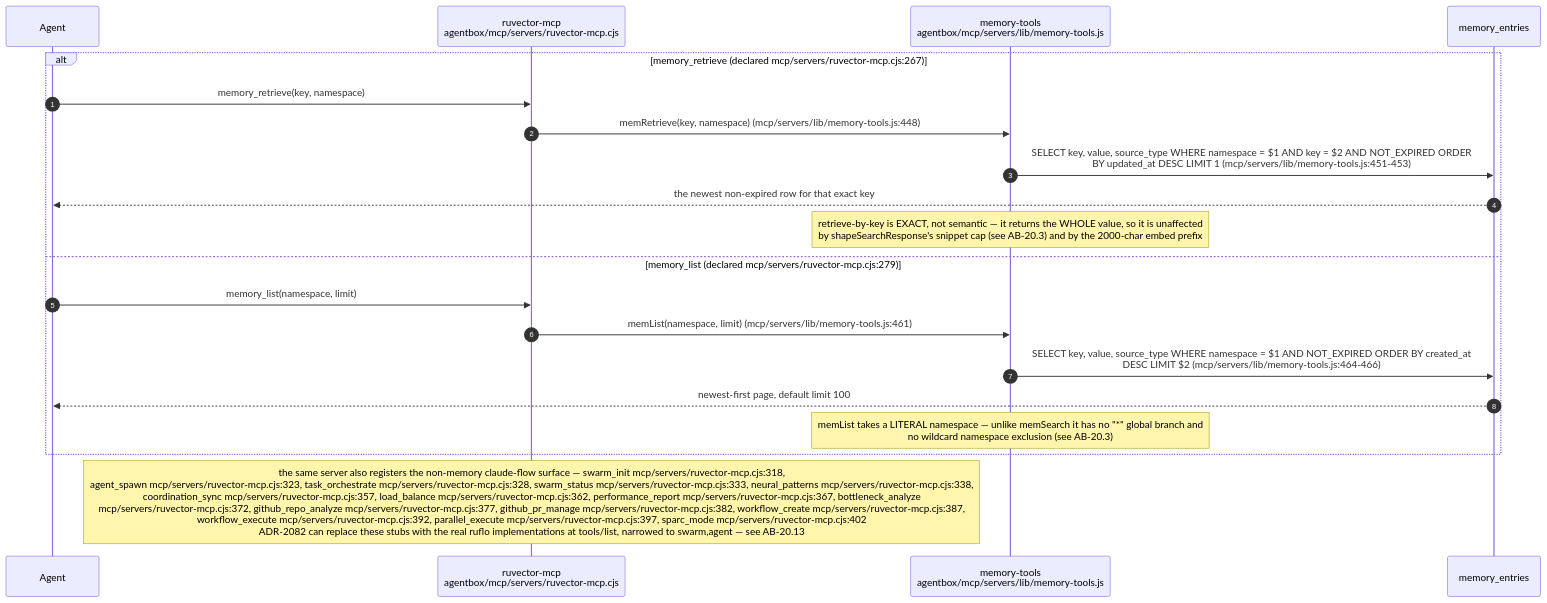
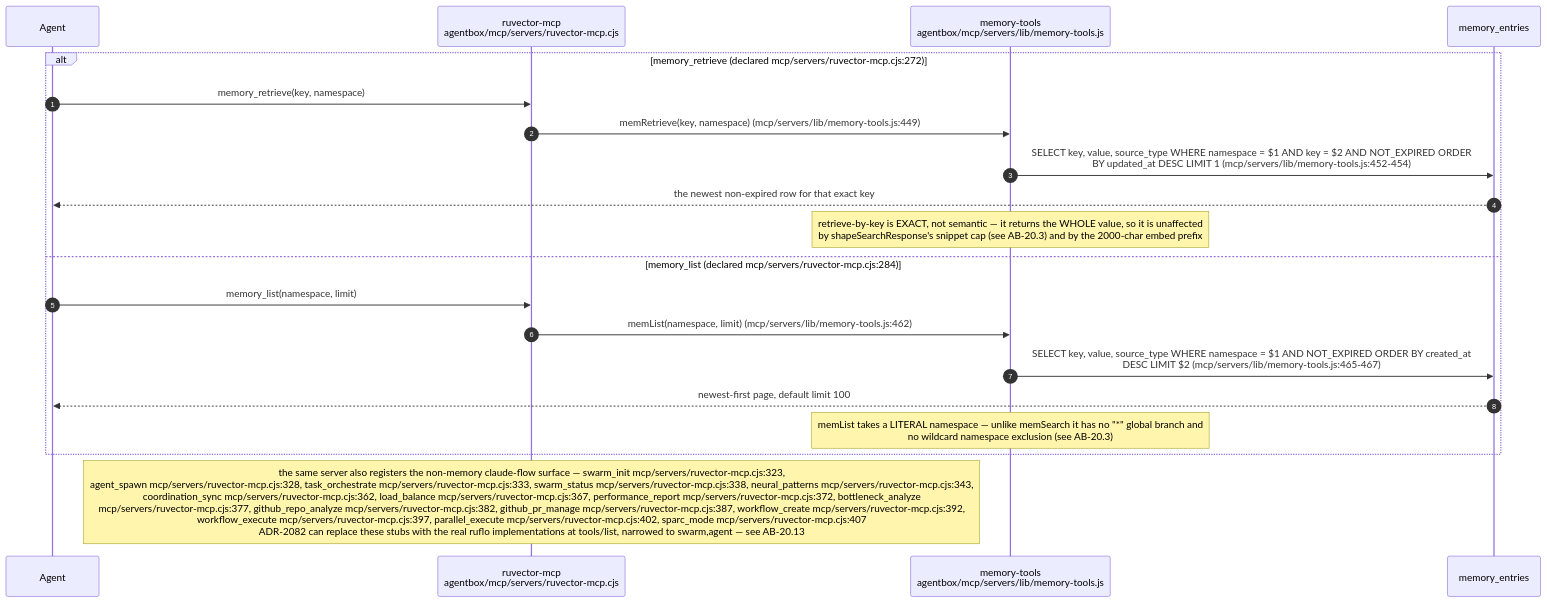
The fourth of 13 diagrams in docs/diagrams/agentbox/20-ruvector-memory-path.md (DreamLab-AI/VisionFlow), drawn with Mermaid before and after one commit. The commit also changed other lines of this file and 160 other files, not shown here.

````diff
--- a/docs/diagrams/agentbox/20-ruvector-memory-path.md
+++ b/docs/diagrams/agentbox/20-ruvector-memory-path.md
@@ -173,23 +176,23 @@
 ```mermaid
 sequenceDiagram
     autonumber
     participant AG as Agent
     participant SRV as ruvector-mcp<br/>agentbox/mcp/servers/ruvector-mcp.cjs
     participant MT as memory-tools<br/>agentbox/mcp/servers/lib/memory-tools.js
     participant PG as memory_entries
 
-    alt memory_retrieve (declared mcp/servers/ruvector-mcp.cjs:267)
+    alt memory_retrieve (declared mcp/servers/ruvector-mcp.cjs:272)
         AG->>SRV: memory_retrieve(key, namespace)
-        SRV->>MT: memRetrieve(key, namespace) (mcp/servers/lib/memory-tools.js:448)
-        MT->>PG: SELECT key, value, source_type WHERE namespace = $1 AND key = $2 AND NOT_EXPIRED ORDER<br/>BY updated_at DESC LIMIT 1 (mcp/servers/lib/memory-tools.js:451-453)
+        SRV->>MT: memRetrieve(key, namespace) (mcp/servers/lib/memory-tools.js:449)
+        MT->>PG: SELECT key, value, source_type WHERE namespace = $1 AND key = $2 AND NOT_EXPIRED ORDER<br/>BY updated_at DESC LIMIT 1 (mcp/servers/lib/memory-tools.js:452-454)
         PG-->>AG: the newest non-expired row for that exact key
         Note over MT: retrieve-by-key is EXACT, not semantic — it returns the WHOLE value, so it is unaffected<br/>by shapeSearchResponse's snippet cap (see AB-20.3) and by the 2000-char embed prefix
-    else memory_list (declared mcp/servers/ruvector-mcp.cjs:279)
+    else memory_list (declared mcp/servers/ruvector-mcp.cjs:284)
         AG->>SRV: memory_list(namespace, limit)
-        SRV->>MT: memList(namespace, limit) (mcp/servers/lib/memory-tools.js:461)
-        MT->>PG: SELECT key, value, source_type WHERE namespace = $1 AND NOT_EXPIRED ORDER BY created_at<br/>DESC LIMIT $2 (mcp/servers/lib/memory-tools.js:464-466)
+        SRV->>MT: memList(namespace, limit) (mcp/servers/lib/memory-tools.js:462)
+        MT->>PG: SELECT key, value, source_type WHERE namespace = $1 AND NOT_EXPIRED ORDER BY created_at<br/>DESC LIMIT $2 (mcp/servers/lib/memory-tools.js:465-467)
         PG-->>AG: newest-first page, default limit 100
         Note over MT: memList takes a LITERAL namespace — unlike memSearch it has no "*" global branch and<br/>no wildcard namespace exclusion (see AB-20.3)
     end
-    Note over SRV: the same server also registers the non-memory claude-flow surface — swarm_init mcp/servers/ruvector-mcp.cjs:318,<br/>agent_spawn mcp/servers/ruvector-mcp.cjs:323, task_orchestrate mcp/servers/ruvector-mcp.cjs:328, swarm_status mcp/servers/ruvector-mcp.cjs:333, neural_patterns mcp/servers/ruvector-mcp.cjs:338,<br/>coordination_sync mcp/servers/ruvector-mcp.cjs:357, load_balance mcp/servers/ruvector-mcp.cjs:362, performance_report mcp/servers/ruvector-mcp.cjs:367, bottleneck_analyze<br/>mcp/servers/ruvector-mcp.cjs:372, github_repo_analyze mcp/servers/ruvector-mcp.cjs:377, github_pr_manage mcp/servers/ruvector-mcp.cjs:382, workflow_create mcp/servers/ruvector-mcp.cjs:387,<br/>workflow_execute mcp/servers/ruvector-mcp.cjs:392, parallel_execute mcp/servers/ruvector-mcp.cjs:397, sparc_mode mcp/servers/ruvector-mcp.cjs:402<br/>ADR-2082 can replace these stubs with the real ruflo implementations at tools/list, narrowed to swarm,agent — see AB-20.13
+    Note over SRV: the same server also registers the non-memory claude-flow surface — swarm_init mcp/servers/ruvector-mcp.cjs:323,<br/>agent_spawn mcp/servers/ruvector-mcp.cjs:328, task_orchestrate mcp/servers/ruvector-mcp.cjs:333, swarm_status mcp/servers/ruvector-mcp.cjs:338, neural_patterns mcp/servers/ruvector-mcp.cjs:343,<br/>coordination_sync mcp/servers/ruvector-mcp.cjs:362, load_balance mcp/servers/ruvector-mcp.cjs:367, performance_report mcp/servers/ruvector-mcp.cjs:372, bottleneck_analyze<br/>mcp/servers/ruvector-mcp.cjs:377, github_repo_analyze mcp/servers/ruvector-mcp.cjs:382, github_pr_manage mcp/servers/ruvector-mcp.cjs:387, workflow_create mcp/servers/ruvector-mcp.cjs:392,<br/>workflow_execute mcp/servers/ruvector-mcp.cjs:397, parallel_execute mcp/servers/ruvector-mcp.cjs:402, sparc_mode mcp/servers/ruvector-mcp.cjs:407<br/>ADR-2082 can replace these stubs with the real ruflo implementations at tools/list, narrowed to swarm,agent — see AB-20.13
 ```
````
